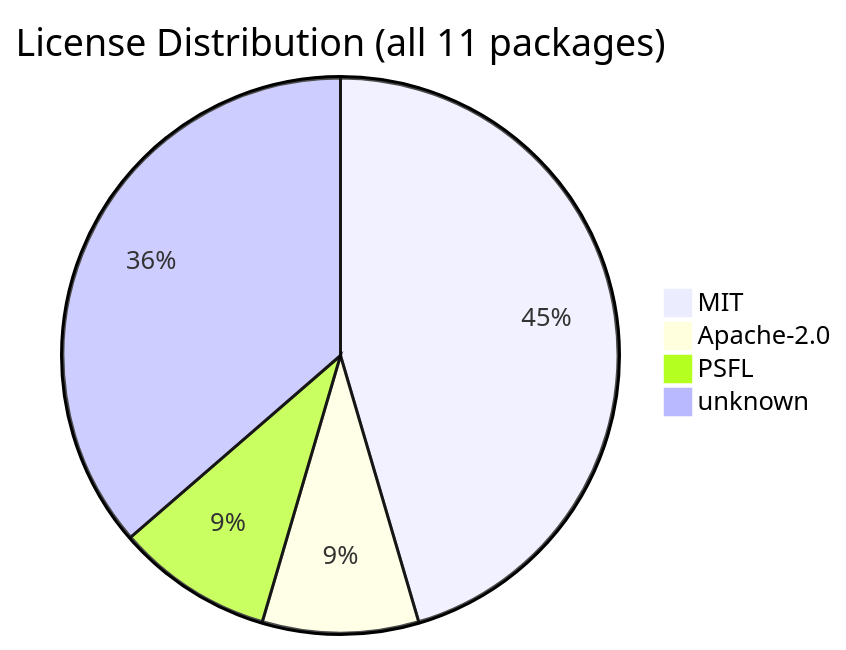
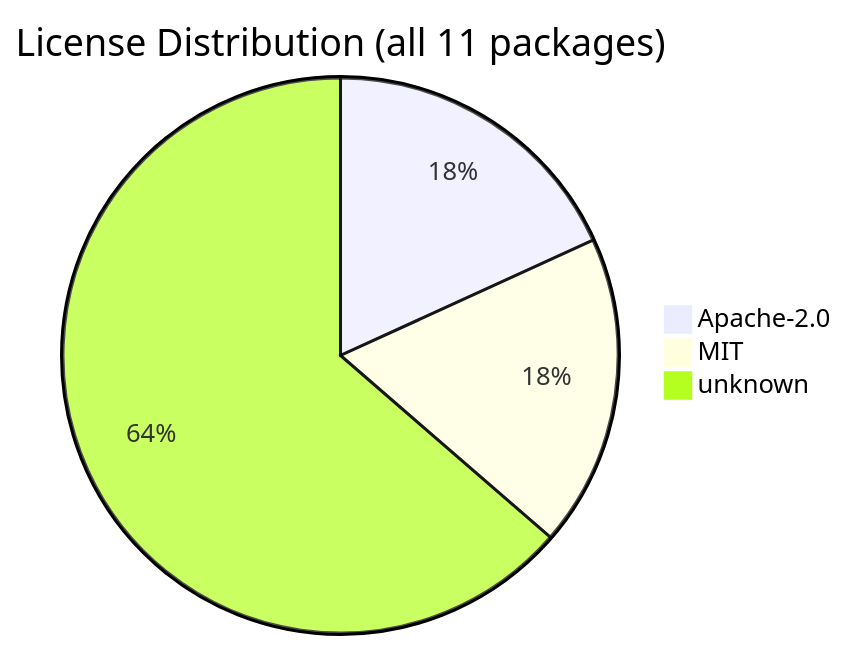
The diagram in .shipwright/compliance/sbom.md (svenroth-ai/shipwright), drawn with Mermaid before and after one commit. The commit also changed other lines of this file and 21 other files, not shown here.

````diff
--- a/.shipwright/compliance/sbom.md
+++ b/.shipwright/compliance/sbom.md
@@ -18,7 +18,6 @@
 ```mermaid
 pie title License Distribution (all 11 packages)
-    "MIT" : 5
-    "Apache-2.0" : 1
-    "PSFL" : 1
-    "unknown" : 4
+    "Apache-2.0" : 2
+    "MIT" : 2
+    "unknown" : 7
 ```
````
